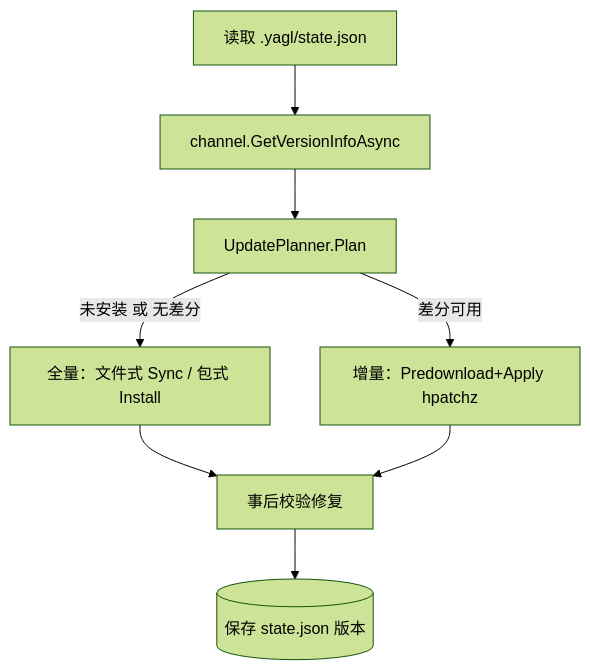
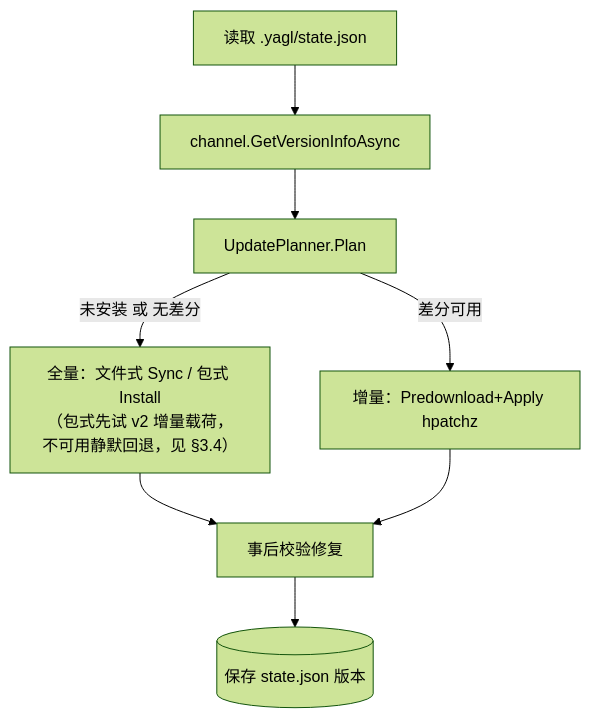
One commit to AngelBeats-Kanade/YetAnotherGameLauncher changed the sixth of 7 diagrams in docs/ARCHITECTURE.md. Above: the diagram before and after it, drawn with Mermaid (forest theme). The commit also changed other lines of this file and 6 other files, not shown here.

Commit message:
docs: sync the update-chain batches across readme, changelog and architecture

````diff
--- a/docs/ARCHITECTURE.md
+++ b/docs/ARCHITECTURE.md
@@ -279,10 +315,10 @@
 ```mermaid
 flowchart TD
     A[读取 .yagl/state.json] --> B[channel.GetVersionInfoAsync]
     B --> C[UpdatePlanner.Plan]
-    C -->|未安装 或 无差分| D[全量：文件式 Sync / 包式 Install]
+    C -->|未安装 或 无差分| D[全量：文件式 Sync / 包式 Install<br/>（包式先试 v2 增量载荷，不可用静默回退，见 §3.4）]
     C -->|差分可用| E[增量：Predownload+Apply hpatchz]
     D --> F[事后校验修复]
     E --> F
     F --> G[(保存 state.json 版本)]
 ```
````
